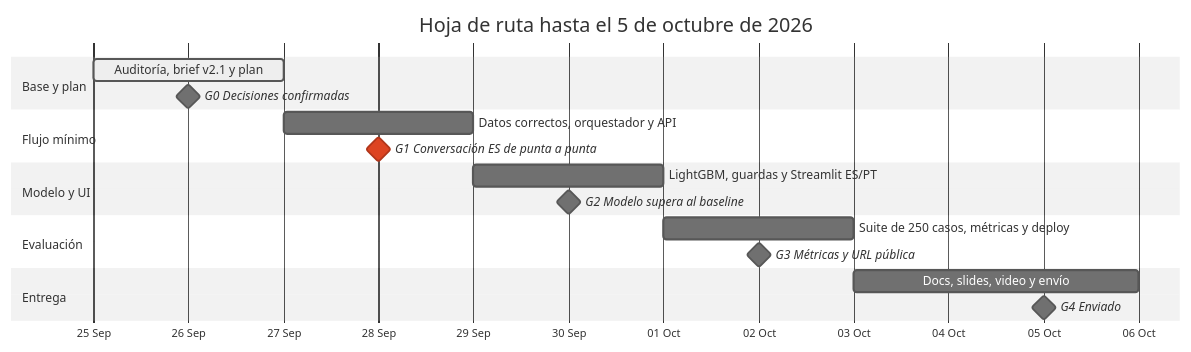
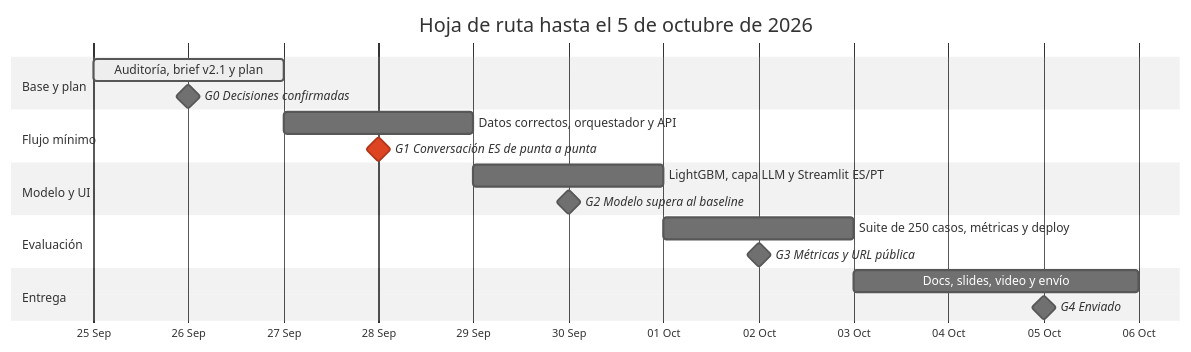
Before and after one commit to Chackmilo/factored-hackathon-2026-alterego: the diagram in docs/PLAN.md, drawn with Mermaid (neutral theme). The commit also changed other lines of this file and 2 other files, not shown here.

````diff
--- a/docs/PLAN.md
+++ b/docs/PLAN.md
@@ -78,21 +82,21 @@
 ```mermaid
 gantt
     title Hoja de ruta hasta el 5 de octubre de 2026
     dateFormat YYYY-MM-DD
     axisFormat %d %b
     section Base y plan
     Auditoría, brief v2.1 y plan :active, f0, 2026-09-25, 2d
     G0 Decisiones confirmadas :milestone, g0, 2026-09-26, 0d
     section Flujo mínimo
     Datos correctos, orquestador y API :f1, 2026-09-27, 2d
     G1 Conversación ES de punta a punta :crit, milestone, g1, 2026-09-28, 0d
     section Modelo y UI
-    LightGBM, guardas y Streamlit ES/PT :f2, 2026-09-29, 2d
+    LightGBM, capa LLM y Streamlit ES/PT :f2, 2026-09-29, 2d
     G2 Modelo supera al baseline :milestone, g2, 2026-09-30, 0d
     section Evaluación
     Suite de 250 casos, métricas y deploy :f3, 2026-10-01, 2d
     G3 Métricas y URL pública :milestone, g3, 2026-10-02, 0d
     section Entrega
     Docs, slides, video y envío :f4, 2026-10-03, 3d
     G4 Enviado :milestone, g4, 2026-10-05, 0d
 ```
````
